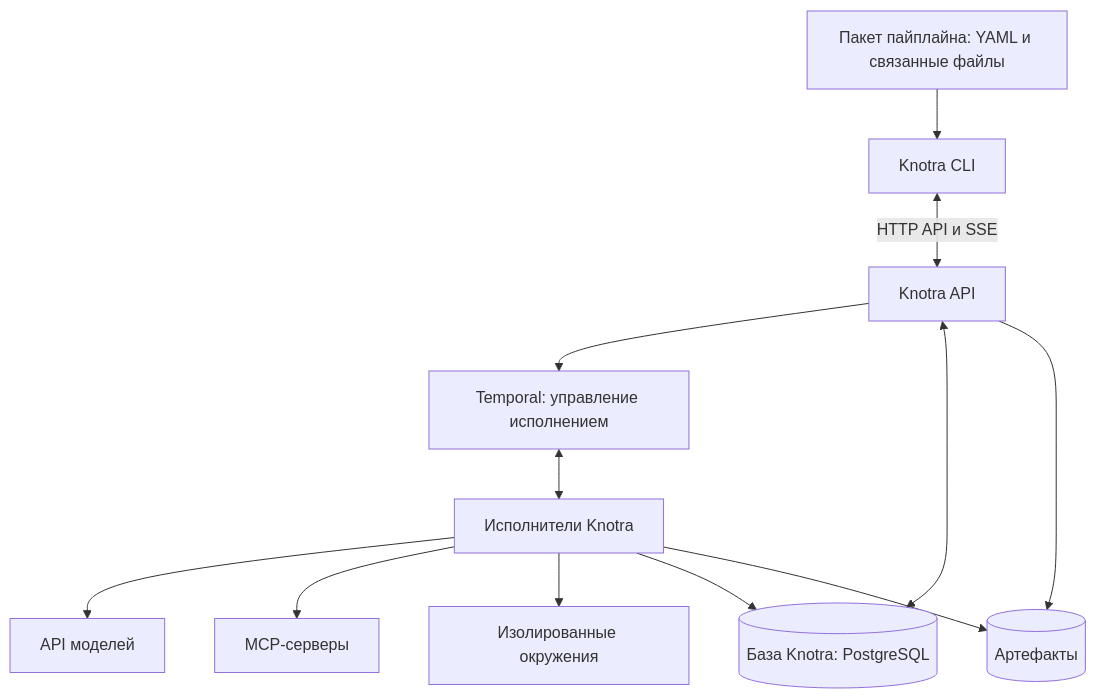
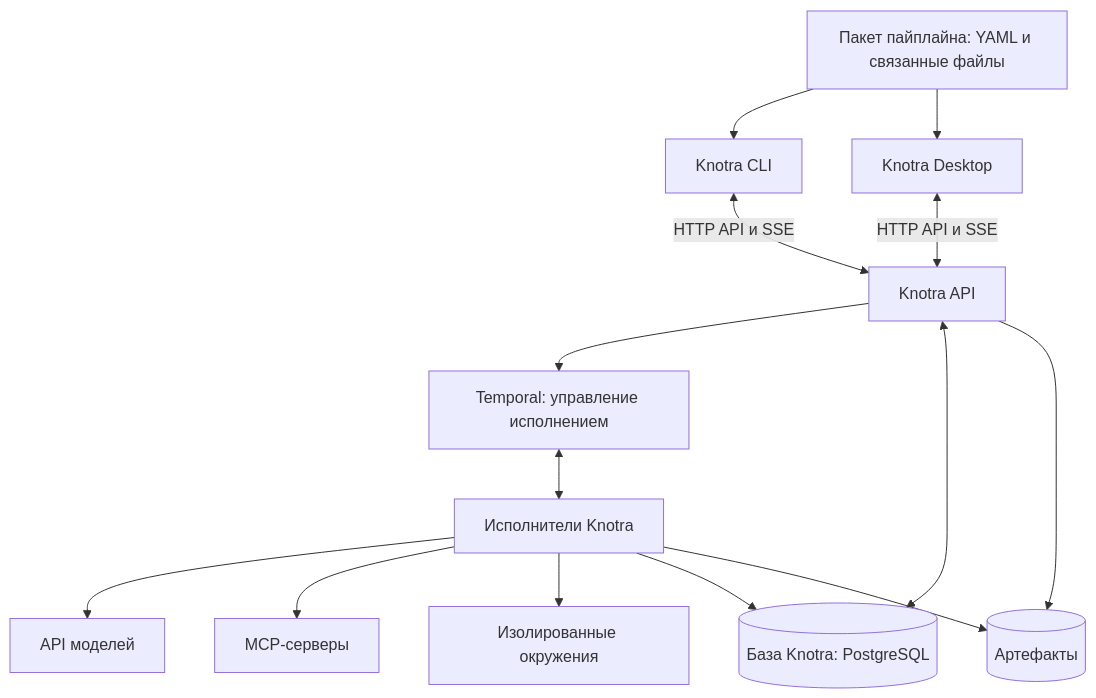
One commit to michael-bill/knotra changed the diagram in README.md. Above: the diagram before and after it, drawn with Mermaid. The commit also changed other lines of this file and 173 other files, not shown here.

````diff
--- a/README.md
+++ b/README.md
@@ -55,14 +71,16 @@
 ```mermaid
 flowchart TD
     Package["Пакет пайплайна: YAML и связанные файлы"] --> CLI["Knotra CLI"]
+    Package --> Desktop["Knotra Desktop"]
+    Desktop <-->|HTTP API и SSE| API
     CLI <-->|HTTP API и SSE| API["Knotra API"]
     API --> Temporal["Temporal: управление исполнением"]
     Temporal <--> Workers["Исполнители Knotra"]
     Workers --> Models["API моделей"]
     Workers --> MCP["MCP-серверы"]
     Workers --> Sandbox["Изолированные окружения"]
     API <--> DB[("База Knotra: PostgreSQL")]
     Workers --> DB
     API --> Artifacts[("Артефакты")]
     Workers --> Artifacts
 ```
````
